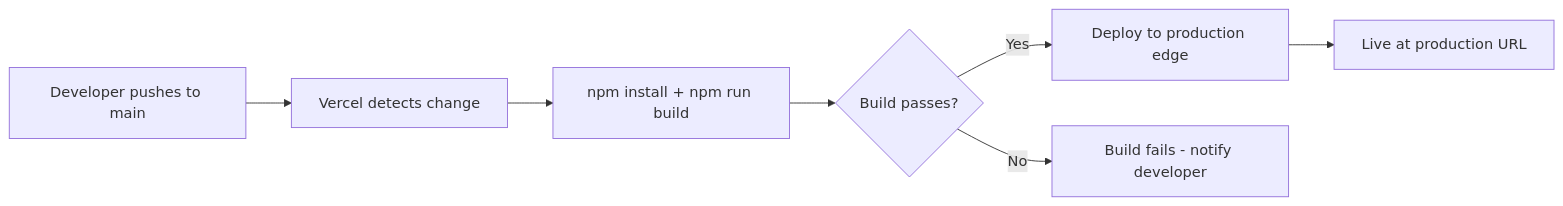
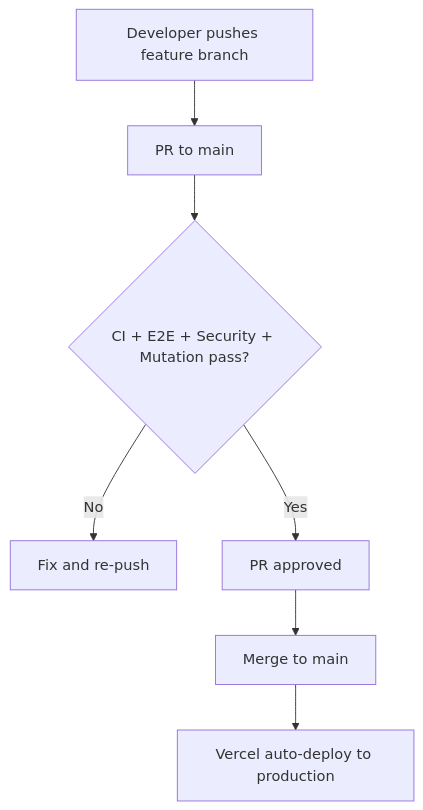
The fifth of 5 diagrams in README.md (Oweeboi011/Fit-Ready-IQ), drawn with Mermaid before and after one commit. The commit also changed other lines of this file and 55 other files, not shown here.

````diff
--- a/README.md
+++ b/README.md
@@ -344,9 +393,9 @@
 ```mermaid
-flowchart LR
-    A[Developer pushes to main] --> B[Vercel detects change]
-    B --> C[npm install + npm run build]
-    C --> D{Build passes?}
-    D -->|Yes| E[Deploy to production edge]
-    D -->|No| F[Build fails - notify developer]
-    E --> G[Live at production URL]
+flowchart TD
+    A[Developer pushes feature branch] --> B[PR to main]
+    B --> C{CI + E2E + Security + Mutation pass?}
+    C -->|No| D[Fix and re-push]
+    C -->|Yes| E[PR approved]
+    E --> F[Merge to main]
+    F --> G[Vercel auto-deploy to production]
 ```
````
